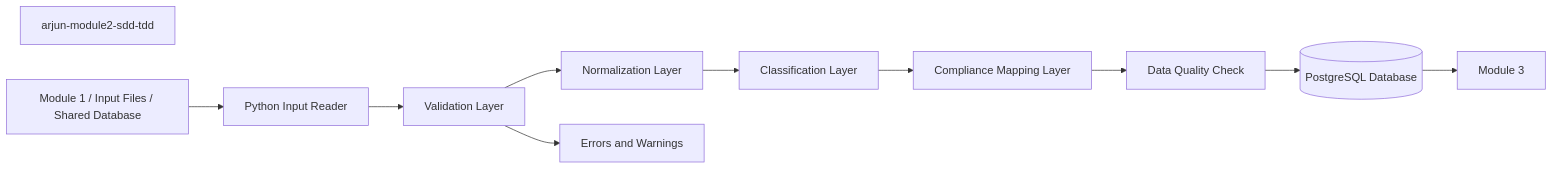
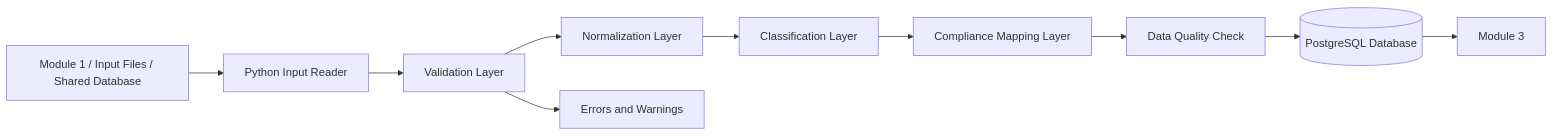
One commit to Aseries-Group/MACE changed the eighth of 21 diagrams in README.md. Above: the diagram before and after it, drawn with Mermaid. The commit also changed other lines of this file, not shown here.

First line of the commit message:
clean up and organize module documentation

````diff
--- a/README.md
+++ b/README.md
@@ -368,13 +1207,12 @@
 ```mermaid
 flowchart LR
-arjun-module2-sdd-tdd
     A[Module 1 / Input Files / Shared Database] --> B[Python Input Reader]
     B --> C[Validation Layer]
     C --> D[Normalization Layer]
     D --> E[Classification Layer]
     E --> F[Compliance Mapping Layer]
     F --> G[Data Quality Check]
     G --> H[(PostgreSQL Database)]
     H --> I[Module 3]
     C --> J[Errors and Warnings]
 ```
````
